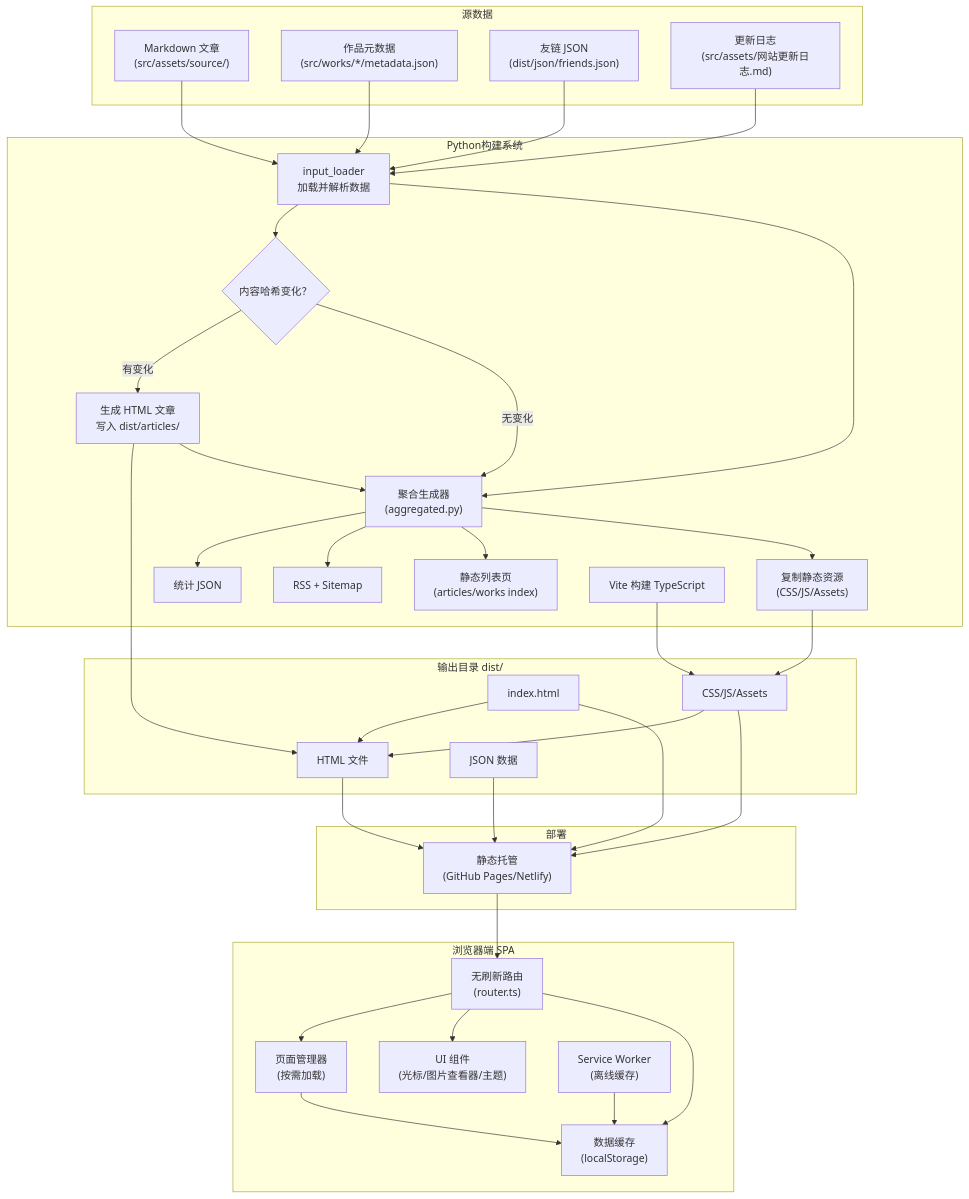
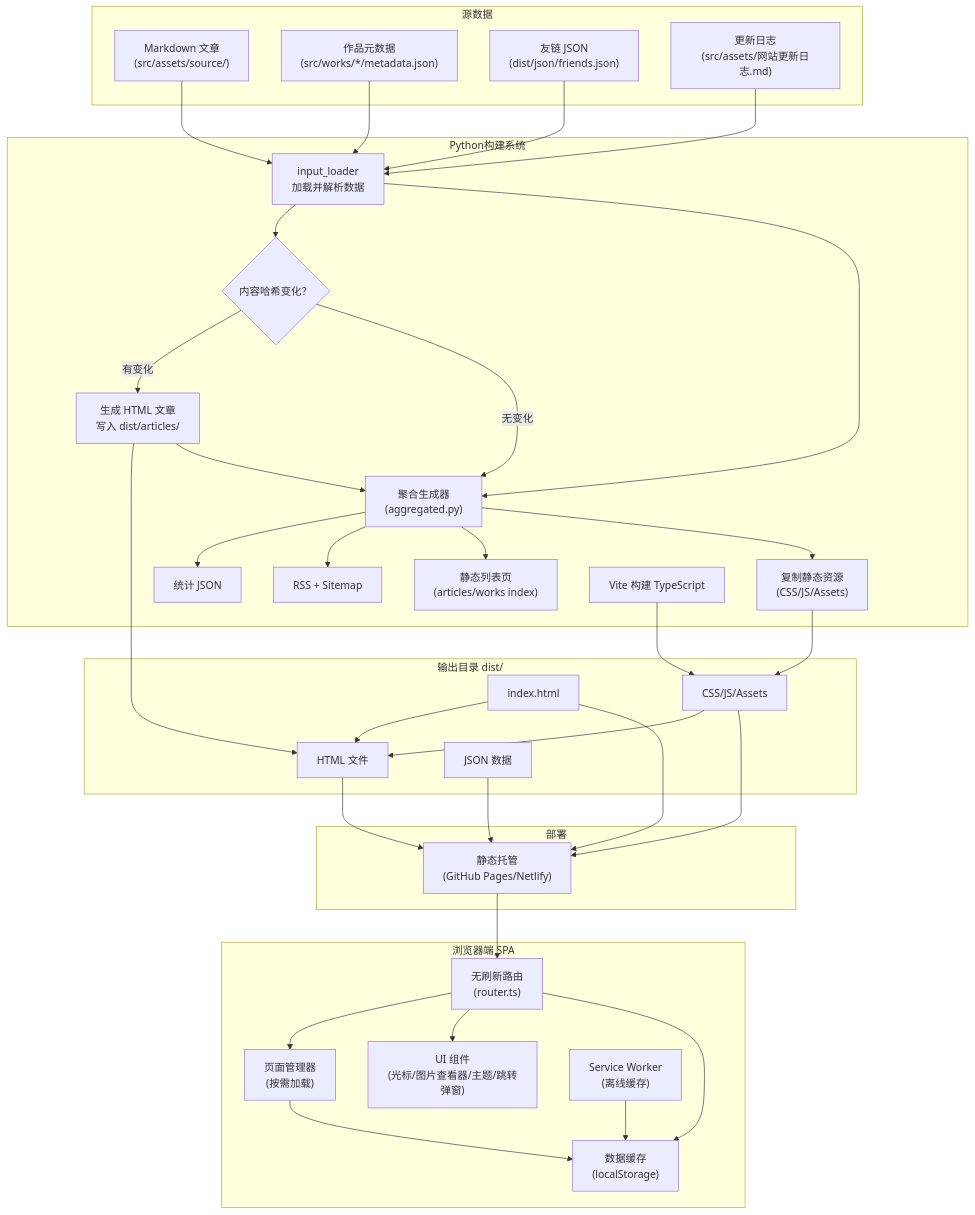
The first of 2 diagrams in README.md (Xinyang-Gao/xinyang-gao.github.io), drawn with Mermaid before and after one commit. The commit also changed other lines of this file, not shown here.

````diff
--- a/README.md
+++ b/README.md
@@ -42,71 +43,71 @@
 ```mermaid
 flowchart TD
     subgraph "源数据"
         MD["Markdown 文章<br/>(src/assets/source/)"]
         WKS["作品元数据<br/>(src/works/*/metadata.json)"]
         FRI["友链 JSON<br/>(dist/json/friends.json)"]
         LOG["更新日志<br/>(src/assets/网站更新日志.md)"]
     end
 
     subgraph "Python构建系统"
         LOAD["input_loader<br/>加载并解析数据"]
         HASH{"内容哈希变化？"}
         GEN["生成 HTML 文章<br/>写入 dist/articles/"]
         BUILD["聚合生成器<br/>(aggregated.py)"]
         STAT["统计 JSON"]
         RSS["RSS + Sitemap"]
         LIST["静态列表页<br/>(articles/works index)"]
         COPY["复制静态资源<br/>(CSS/JS/Assets)"]
         VITE["Vite 构建 TypeScript"]
     end
 
     subgraph "输出目录 dist/"
         HTML["HTML 文件"]
         JSON["JSON 数据"]
         STATIC["CSS/JS/Assets"]
         INDEX["index.html"]
     end
 
     subgraph "部署"
         HOST["静态托管<br/>(GitHub Pages/Netlify)"]
     end
 
     subgraph "浏览器端 SPA"
         ROUTER["无刷新路由<br/>(router.ts)"]
         PM["页面管理器<br/>(按需加载)"]
-        UI["UI 组件<br/>(光标/图片查看器/主题)"]
+        UI["UI 组件<br/>(光标/图片查看器/主题/跳转弹窗)"]
         SW["Service Worker<br/>(离线缓存)"]
         DATA["数据缓存<br/>(localStorage)"]
     end
 
     MD --> LOAD
     WKS --> LOAD
     FRI --> LOAD
     LOG --> LOAD
     LOAD --> HASH
     HASH -- "有变化" --> GEN
     GEN --> HTML
     HASH -- "无变化" --> BUILD
     GEN --> BUILD
     LOAD --> BUILD
     BUILD --> STAT
     BUILD --> RSS
     BUILD --> LIST
     BUILD --> COPY
     COPY --> STATIC
     VITE --> STATIC
     STATIC --> HTML
     INDEX --> HTML
 
     HTML --> HOST
     JSON --> HOST
     STATIC --> HOST
     INDEX --> HOST
 
     HOST --> ROUTER
     ROUTER --> PM
     ROUTER --> UI
     ROUTER --> DATA
     SW --> DATA
     PM --> DATA
 ```
````
